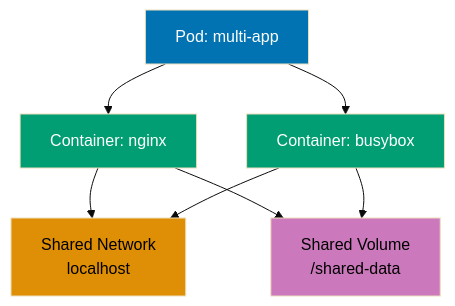
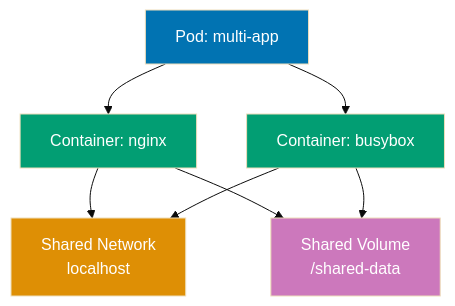
One commit to wahidyankf/open-sharia-enterprise changed the second of 9 diagrams in apps/ayokoding-web/content/en/learn/software-engineering/infrastructure/tools/kubernetes/by-example/beginner.md. Above: the diagram before and after it, drawn with Mermaid (base theme). The commit also changed other lines of this file and 61 other files, not shown here.

First line of the commit message:
fix(ayokoding-web): quote Mermaid node labels with special characters in Example 63

````diff
--- a/apps/ayokoding-web/content/en/learn/software-engineering/infrastructure/tools/kubernetes/by-example/beginner.md
+++ b/apps/ayokoding-web/content/en/learn/software-engineering/infrastructure/tools/kubernetes/by-example/beginner.md
@@ -128,16 +128,16 @@
 ```mermaid
 %% Multi-container Pod architecture
 graph TD
     A[Pod: multi-app] --> B[Container: nginx]
     A --> C[Container: busybox]
     B --> D[Shared Network<br/>localhost]
     C --> D
     B --> E[Shared Volume<br/>/shared-data]
     C --> E
 
     style A fill:#0173B2,color:#fff
     style B fill:#029E73,color:#fff
     style C fill:#029E73,color:#fff
-    style D fill:#DE8F05,color:#000
-    style E fill:#CC78BC,color:#000
+    style D fill:#DE8F05,color:#fff
+    style E fill:#CC78BC,color:#fff
 ```
````
